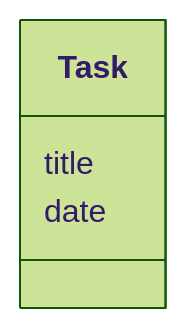
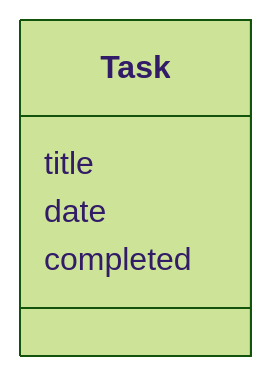
Before and after one commit to eesalor/ot-harjoitustyo: the diagram in dokumentaatio/arkkitehtuuri.md, drawn with Mermaid (forest theme).

Commit message:
Add 'completed' attribute to Task class diagram

````diff
--- a/dokumentaatio/arkkitehtuuri.md
+++ b/dokumentaatio/arkkitehtuuri.md
@@ -11,7 +11,8 @@
 ```mermaid
  classDiagram
     class Task{
         title
         date
+        completed
     }
 ```
````
